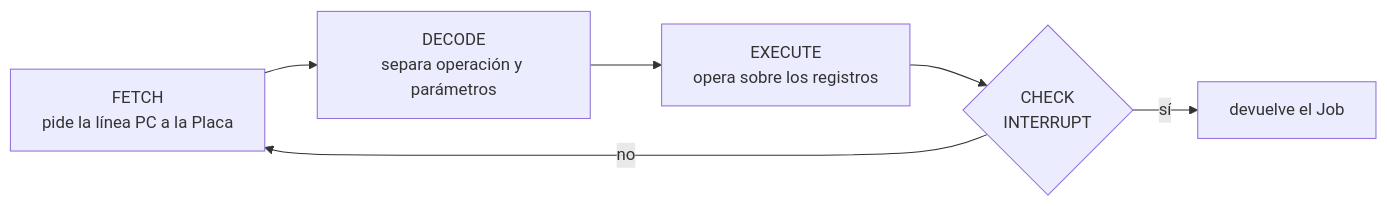
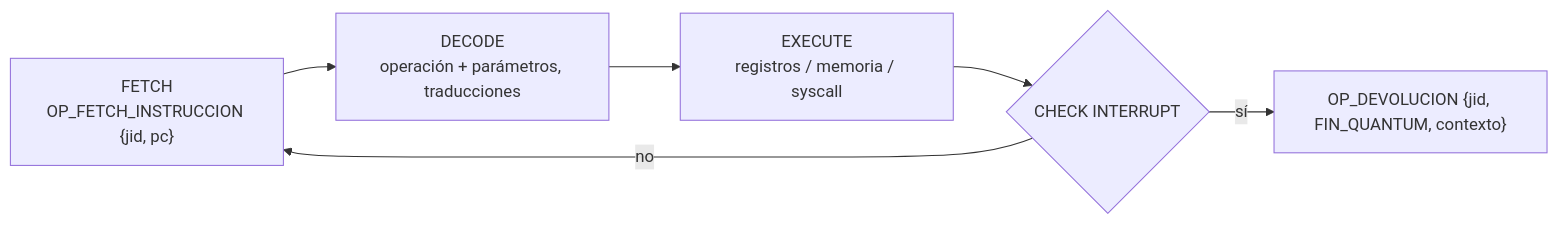
One commit to Aglucian/doc-tp-entrenados changed the fifth of 5 diagrams in Presentación - Funcionamiento del TP.md. Above: the diagram before and after it, drawn with Mermaid. The commit also changed other lines of this file and 5 other files, not shown here.

Commit message:
Reorganizo la presentación del TP en 8 secciones y agrego su PDF con los diagramas dibujados

````diff
--- a/Presentación - Funcionamiento del TP.md
+++ b/Presentación - Funcionamiento del TP.md
@@ -162,8 +213,8 @@
 ```mermaid
 flowchart LR
-    F[FETCH<br/>pide la línea PC a la Placa] --> D[DECODE<br/>separa operación y parámetros]
-    D --> E[EXECUTE<br/>opera sobre los registros]
-    E --> I{CHECK<br/>INTERRUPT}
+    F["FETCH<br/>OP_FETCH_INSTRUCCION {jid, pc}"] --> D["DECODE<br/>operación + parámetros, traducciones"]
+    D --> E["EXECUTE<br/>registros / memoria / syscall"]
+    E --> I{"CHECK INTERRUPT"}
     I -- no --> F
-    I -- sí --> X[devuelve el Job]
+    I -- sí --> X["OP_DEVOLUCION {jid, FIN_QUANTUM, contexto}"]
 ```
````
